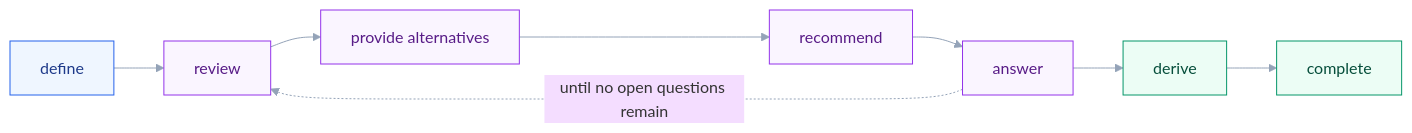
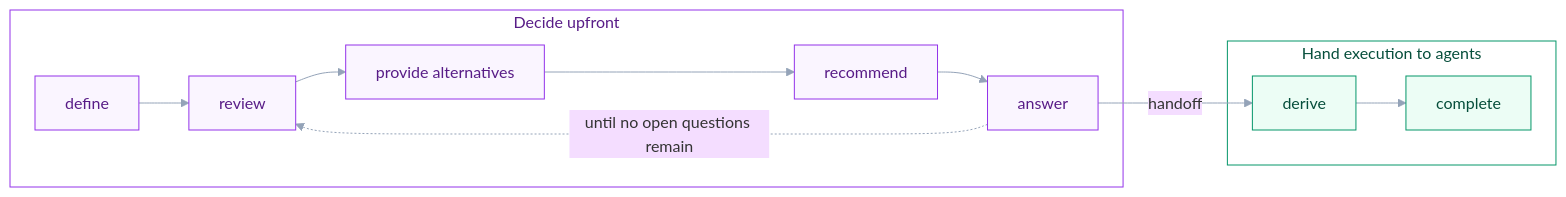
The diagram in README.md (uHappyLogic/cairn), drawn with Mermaid before and after one commit. The commit also changed 2 other files, not shown here.

Commit message:
Task-completion: Regroup First-Screen Diagram Into Two Subgraphs

````diff
--- a/README.md
+++ b/README.md
@@ -31,21 +31,27 @@
 ```mermaid
 %%{init: {'theme':'base','themeVariables':{'fontFamily':'ui-sans-serif, system-ui','lineColor':'#94a3b8','primaryBorderColor':'#475569'},'flowchart':{'wrappingWidth':9999,'curve':'basis'}}}%%
 flowchart LR
-    define["define"]
-    review["review"]
-    alternatives["provide alternatives"]
-    recommend["recommend"]
-    answer["answer"]
-    derive["derive"]
-    complete["complete"]
+    subgraph upfront["Decide upfront"]
+        define["define"]
+        review["review"]
+        alternatives["provide alternatives"]
+        recommend["recommend"]
+        answer["answer"]
+    end
+    subgraph agents["Hand execution to agents"]
+        derive["derive"]
+        complete["complete"]
+    end
 
-    define --> review --> alternatives --> recommend --> answer --> derive --> complete
+    define --> review --> alternatives --> recommend --> answer
     answer -.->|until no open questions remain| review
+    answer -->|handoff| derive
+    derive --> complete
 
-    classDef init fill:#eff6ff,stroke:#2563eb,color:#1e3a8a;
-    classDef req fill:#faf5ff,stroke:#9333ea,color:#581c87;
-    classDef auto fill:#ecfdf5,stroke:#059669,color:#064e3b;
-    class define init;
-    class review,alternatives,recommend,answer req;
-    class derive,complete auto;
+    classDef decide fill:#faf5ff,stroke:#9333ea,color:#581c87;
+    classDef execute fill:#ecfdf5,stroke:#059669,color:#064e3b;
+    class define,review,alternatives,recommend,answer decide;
+    class derive,complete execute;
+    style upfront fill:#ffffff,stroke:#9333ea,color:#581c87;
+    style agents fill:#ffffff,stroke:#059669,color:#064e3b;
 ```
````
